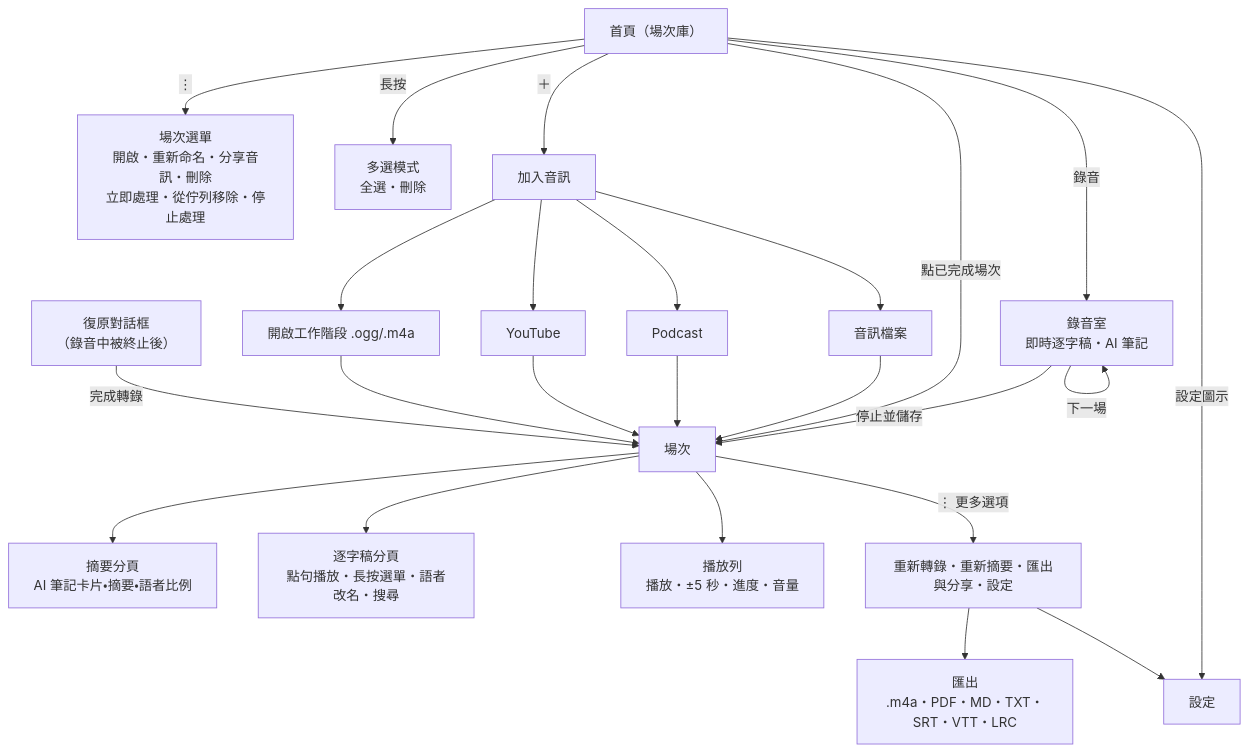
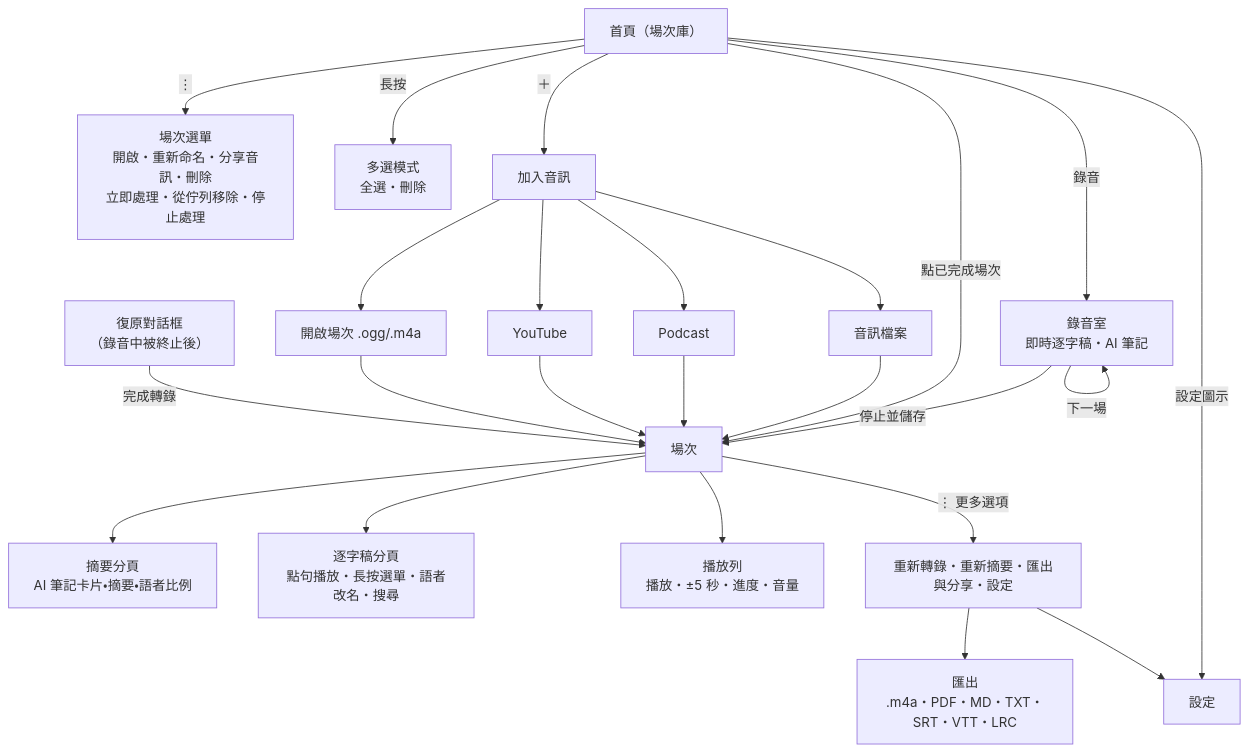
One commit to vieenrose/VoxSum changed the diagram in docs/USER_GUIDE.md. Above: the diagram before and after it, drawn with Mermaid. The commit also changed other lines of this file and 3 other files, not shown here.

````diff
--- a/docs/USER_GUIDE.md
+++ b/docs/USER_GUIDE.md
@@ -12,27 +12,27 @@
 ```mermaid
 flowchart TD
     Home["首頁（場次庫）"]
     Home -->|"⋮"| RowMenu["場次選單<br/>開啟・重新命名・分享音訊・刪除<br/>立即處理・從佇列移除・停止處理"]
     Home -->|長按| Select["多選模式<br/>全選・刪除"]
     Home -->|＋| Add["加入音訊"]
     Add --> File["音訊檔案"]
     Add --> Podcast["Podcast"]
     Add --> YouTube["YouTube"]
-    Add --> Open["開啟工作階段 .ogg/.m4a"]
+    Add --> Open["開啟場次 .ogg/.m4a"]
     Home -->|設定圖示| Settings["設定"]
     Home -->|錄音| Booth["錄音室<br/>即時逐字稿・AI 筆記"]
     Booth -->|下一場| Booth
     Booth -->|停止並儲存| Session
     Home -->|點已完成場次| Session["場次"]
     File --> Session
     Podcast --> Session
     YouTube --> Session
     Open --> Session
     Session --> Summary["摘要分頁<br/>AI 筆記卡片・摘要・語者比例"]
     Session --> Transcript["逐字稿分頁<br/>點句播放・長按選單・語者改名・搜尋"]
     Session --> Player["播放列<br/>播放・±5 秒・進度・音量"]
     Session -->|"⋮ 更多選項"| More["重新轉錄・重新摘要・匯出與分享・設定"]
     More --> Export["匯出<br/>.m4a・PDF・MD・TXT・SRT・VTT・LRC"]
     More --> Settings
     Recovery["復原對話框<br/>（錄音中被終止後）"] -->|完成轉錄| Session
 ```
````
